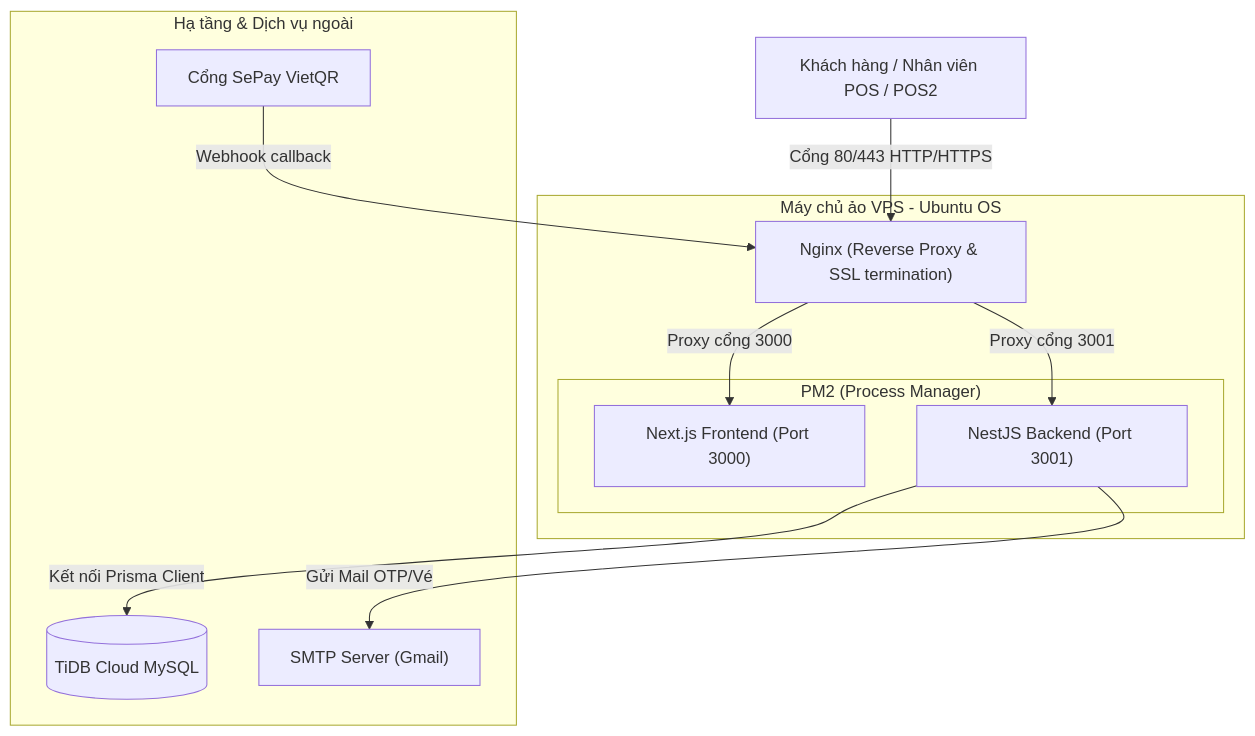
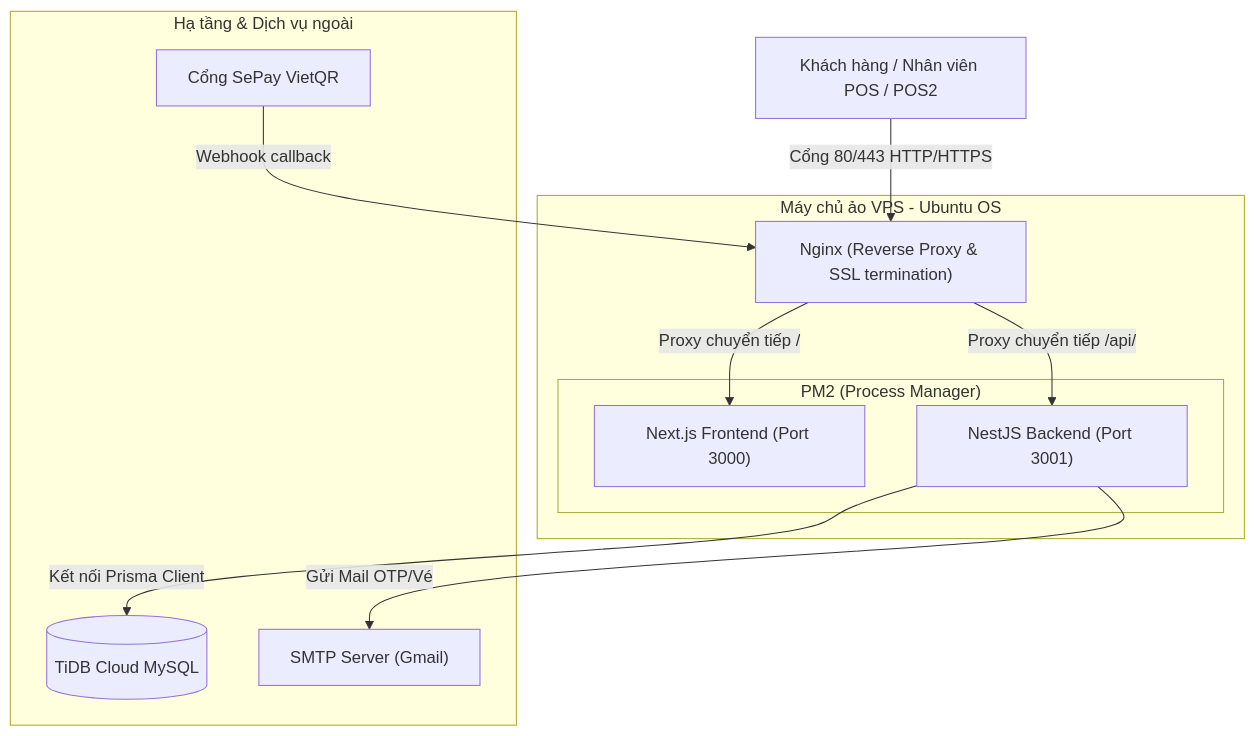
The sixth of 6 diagrams in test.md (singuyenvan0206/RPG-bot), drawn with Mermaid before and after one commit. The commit also changed other lines of this file, not shown here.

````diff
--- a/test.md
+++ b/test.md
@@ -373,20 +452,20 @@
 ```mermaid
 graph TD
-    Client[Khách hàng / Nhân viên POS / POS2] -->|Cổng 80/443 HTTP/HTTPS| Nginx["Nginx (Reverse Proxy & SSL termination)"]
+    Client[Khách hàng / Nhân viên POS / POS2] -->|Cổng 80/443 HTTP/HTTPS| NginxBE["Nginx (Reverse Proxy & SSL termination)"]
     
     subgraph VPS [Máy chủ ảo VPS - Ubuntu OS]
-        Nginx -->|Proxy cổng 3000| NextJS["Next.js Frontend (Port 3000)"]
-        Nginx -->|Proxy cổng 3001| NestJS["NestJS Backend (Port 3001)"]
+        NginxBE -->|Proxy chuyển tiếp /| NextJS["Next.js Frontend (Port 3000)"]
+        NginxBE -->|Proxy chuyển tiếp /api/| NestJS["NestJS Backend (Port 3001)"]
         
         subgraph PM2 ["PM2 (Process Manager)"]
             NextJS
             NestJS
         end
     end
 
-    subgraph External ["Hạ tầng & Dịch vụ ngoài"]
+    subgraph ExternalServices_VPS ["Hạ tầng & Dịch vụ ngoài"]
         NestJS -->|Kết nối Prisma Client| TiDB[("TiDB Cloud MySQL")]
         NestJS -->|Gửi Mail OTP/Vé| SMTP["SMTP Server (Gmail)"]
-        SePay["Cổng SePay VietQR"] -->|Webhook callback| Nginx
+        SePay["Cổng SePay VietQR"] -->|Webhook callback| NginxBE
     end
 ```
````
